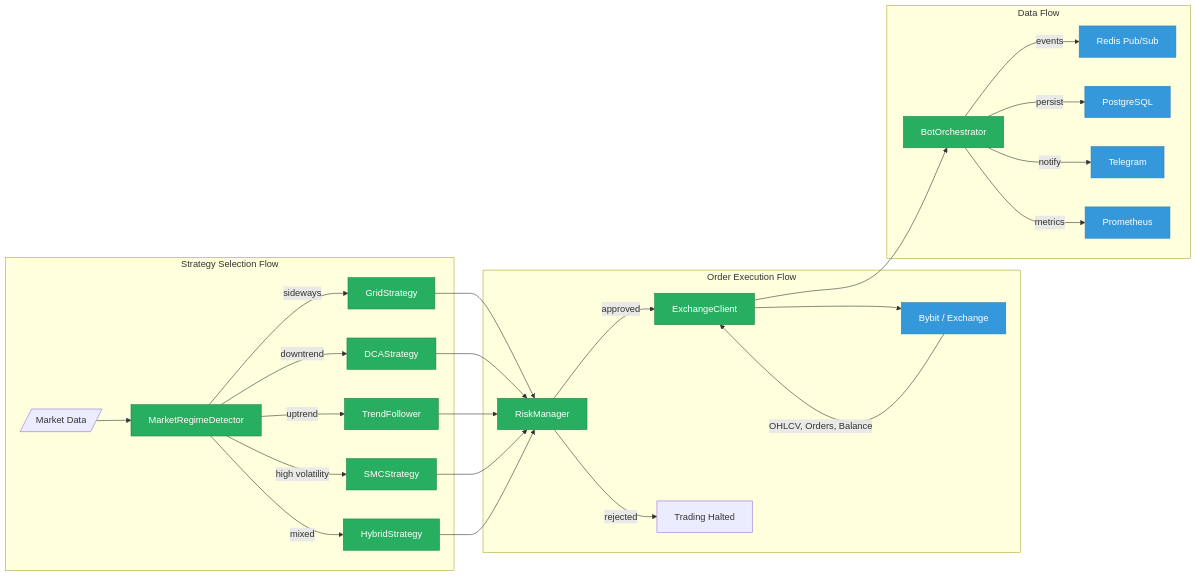
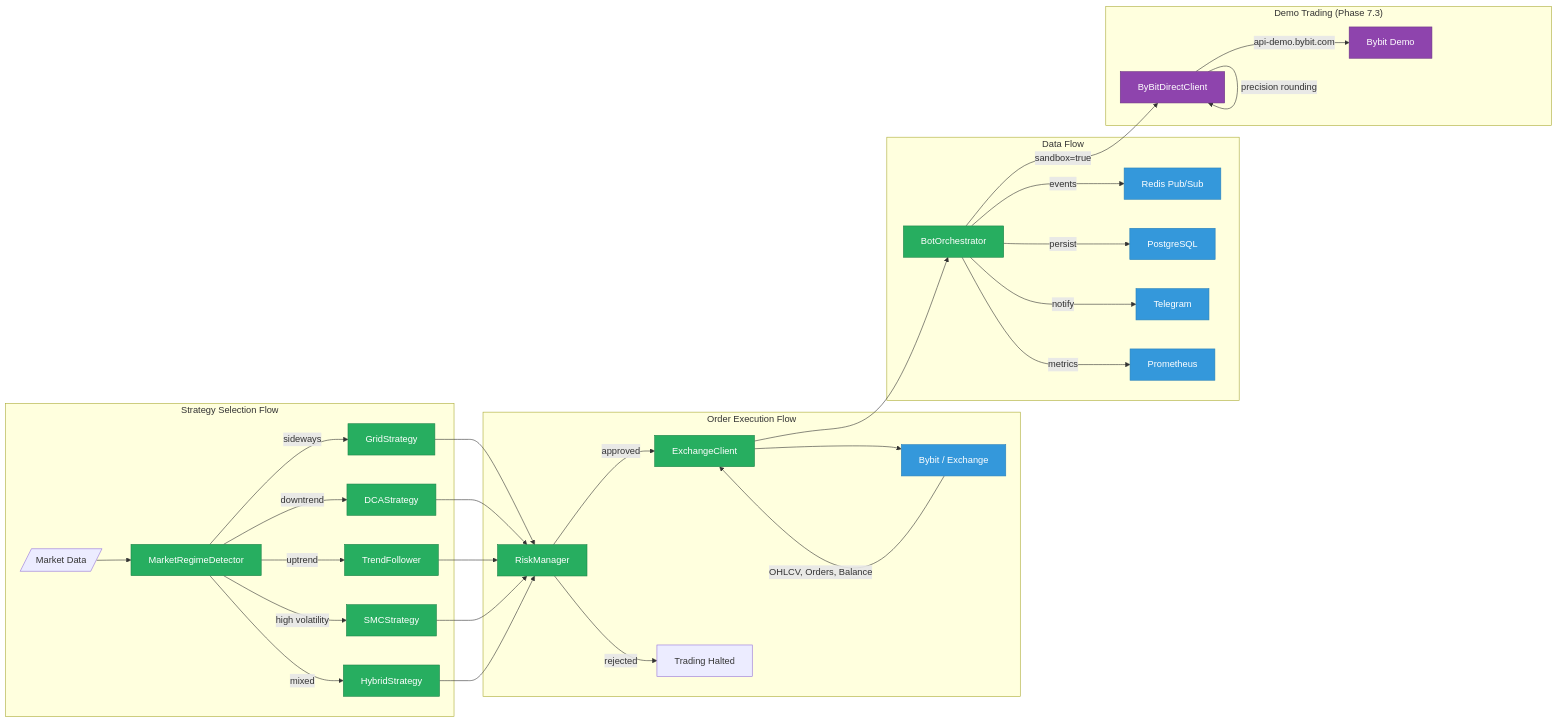
The second of 2 diagrams in docs/ARCHITECTURE.md (judas-priest/TRADERAGENT), drawn with Mermaid before and after one commit. The commit also changed other lines of this file, not shown here.

First line of the commit message:
docs: Update ARCHITECTURE.md with Phase 7.3 completion and current status

````diff
--- a/docs/ARCHITECTURE.md
+++ b/docs/ARCHITECTURE.md
@@ -265,36 +324,44 @@
 ```mermaid
 graph LR
     subgraph "Strategy Selection Flow"
         MARKET[/"Market Data"/] --> MRD["MarketRegimeDetector"]
         MRD -->|"sideways"| GRID["GridStrategy"]
         MRD -->|"downtrend"| DCA["DCAStrategy"]
         MRD -->|"uptrend"| TF["TrendFollower"]
         MRD -->|"high volatility"| SMC["SMCStrategy"]
         MRD -->|"mixed"| HYB["HybridStrategy"]
     end
 
     subgraph "Order Execution Flow"
         GRID --> RM["RiskManager"]
         DCA --> RM
         TF --> RM
         SMC --> RM
         HYB --> RM
         RM -->|"approved"| EC["ExchangeClient"]
         RM -->|"rejected"| HALT["Trading Halted"]
         EC --> BYBIT["Bybit / Exchange"]
     end
 
     subgraph "Data Flow"
         BYBIT -->|"OHLCV, Orders, Balance"| EC
         EC --> BO["BotOrchestrator"]
         BO -->|"events"| REDIS["Redis Pub/Sub"]
         BO -->|"persist"| DB["PostgreSQL"]
         BO -->|"notify"| TG["Telegram"]
         BO -->|"metrics"| PROM["Prometheus"]
     end
 
+    subgraph "Demo Trading (Phase 7.3)"
+        BD["ByBitDirectClient"] -->|"api-demo.bybit.com"| BYDEMO["Bybit Demo"]
+        BD -->|"precision rounding"| BD
+        BO -->|"sandbox=true"| BD
+    end
+
     classDef done fill:#27ae60,stroke:#1e8449,color:white
     classDef ext fill:#3498db,stroke:#2980b9,color:white
+    classDef demo fill:#8e44ad,stroke:#6c3483,color:white
     class GRID,DCA,TF,SMC,HYB,RM,EC,BO,MRD done
     class BYBIT,REDIS,DB,TG,PROM ext
+    class BD,BYDEMO demo
 ```
````
